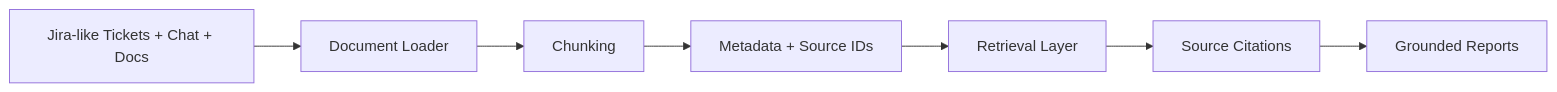
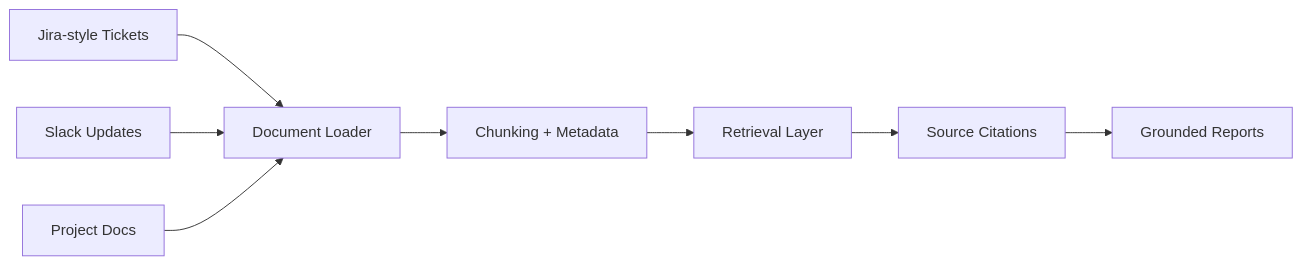
The second of 2 diagrams in README.md (jonajoy142/ai-status-agent), drawn with Mermaid before and after one commit. The commit also changed other lines of this file and 43 other files, not shown here.

````diff
--- a/README.md
+++ b/README.md
@@ -146,9 +157,10 @@
 ```mermaid
 flowchart LR
-    Sources[Jira-like Tickets + Chat + Docs] --> Loader[Document Loader]
-    Loader --> Chunker[Chunking]
-    Chunker --> Metadata[Metadata + Source IDs]
-    Metadata --> Retrieval[Retrieval Layer]
-    Retrieval --> Citations[Source Citations]
+    Tickets[Jira-style Tickets] --> Loader[Document Loader]
+    Slack[Slack Updates] --> Loader
+    Docs[Project Docs] --> Loader
+    Loader --> Chunker[Chunking + Metadata]
+    Chunker --> Retriever[Retrieval Layer]
+    Retriever --> Citations[Source Citations]
     Citations --> Reports[Grounded Reports]
 ```
````
